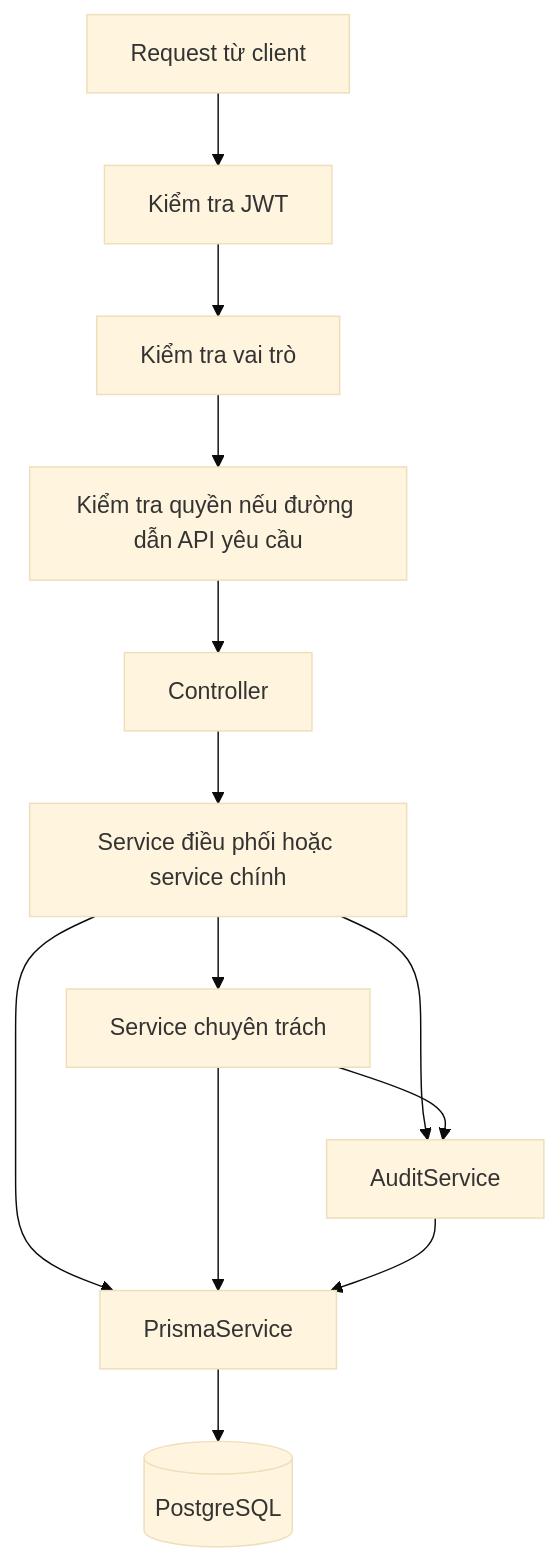
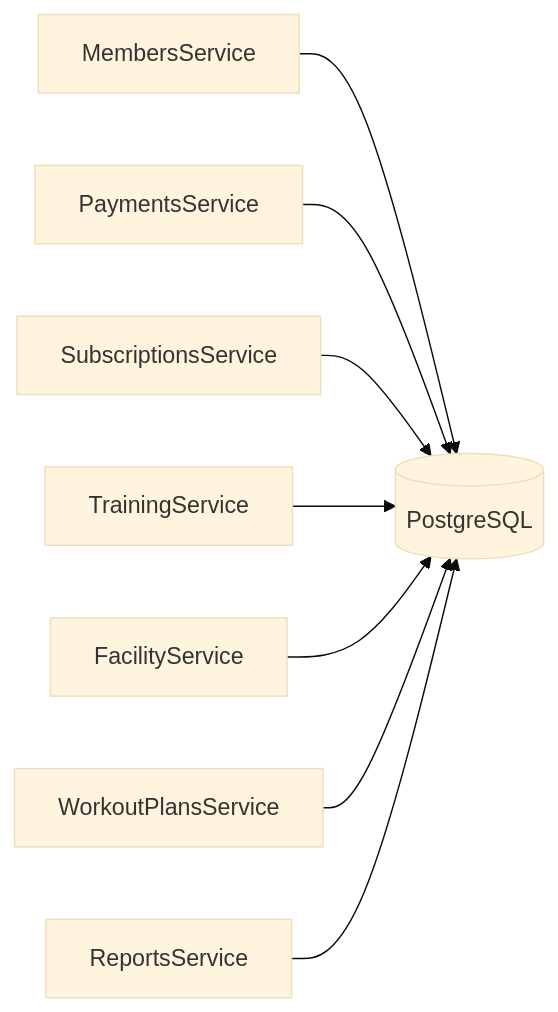
Before and after one commit to nhithedev/gym-management-system: the first of 2 diagrams in docs/reports/design-concept.md, drawn with Mermaid (base theme). The commit also changed other lines of this file, not shown here.

````diff
--- a/docs/reports/design-concept.md
+++ b/docs/reports/design-concept.md
@@ -58,15 +92,10 @@
 ```mermaid
-flowchart TD
-    A[Request từ client] --> B[Kiểm tra JWT]
-    B --> C[Kiểm tra vai trò]
-    C --> D[Kiểm tra quyền nếu đường dẫn API yêu cầu]
-    D --> E[Controller]
-    E --> F[Service điều phối hoặc service chính]
-    F --> G[Service chuyên trách]
-    F --> H[PrismaService]
-    G --> H
-    F --> I[AuditService]
-    G --> I
-    I --> H
-    H --> J[(PostgreSQL)]
+flowchart LR
+    M[MembersService] --> DB[(PostgreSQL)]
+    P[PaymentsService] --> DB
+    S[SubscriptionsService] --> DB
+    T[TrainingService] --> DB
+    F[FacilityService] --> DB
+    W[WorkoutPlansService] --> DB
+    R[ReportsService] --> DB
 ```
````
